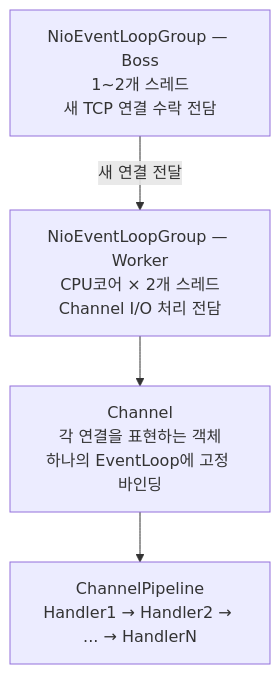
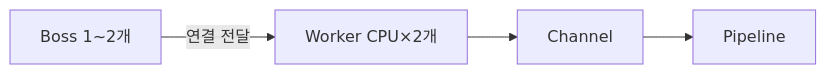
One commit to yjkim2015/yjkim2015.github.io changed the fourth of 7 diagrams in _posts/server/2026-05-01-tomcat-vs-netty.md. Above: the diagram before and after it, drawn with Mermaid. The commit also changed other lines of this file and 271 other files, not shown here.

First line of the commit message:
Mermaid 라벨 축소: 긴 노드 텍스트 18자 이하로 트림 + \n 제거

````diff
--- a/_posts/server/2026-05-01-tomcat-vs-netty.md
+++ b/_posts/server/2026-05-01-tomcat-vs-netty.md
@@ -95,10 +83,5 @@
 ```mermaid
-graph TD
-    BossGroup["NioEventLoopGroup — Boss\n1~2개 스레드\n새 TCP 연결 수락 전담"]
-    WorkerGroup["NioEventLoopGroup — Worker\nCPU코어 × 2개 스레드\nChannel I/O 처리 전담"]
-    Channel["Channel\n각 연결을 표현하는 객체\n하나의 EventLoop에 고정 바인딩"]
-    Pipeline["ChannelPipeline\nHandler1 → Handler2 → ... → HandlerN"]
-    BossGroup -->|새 연결 전달| WorkerGroup
-    WorkerGroup --> Channel
-    Channel --> Pipeline
+graph LR
+    Boss["Boss 1~2개"] -->|연결 전달| Worker["Worker CPU×2개"]
+    Worker --> Channel --> Pipeline
 ```
````
